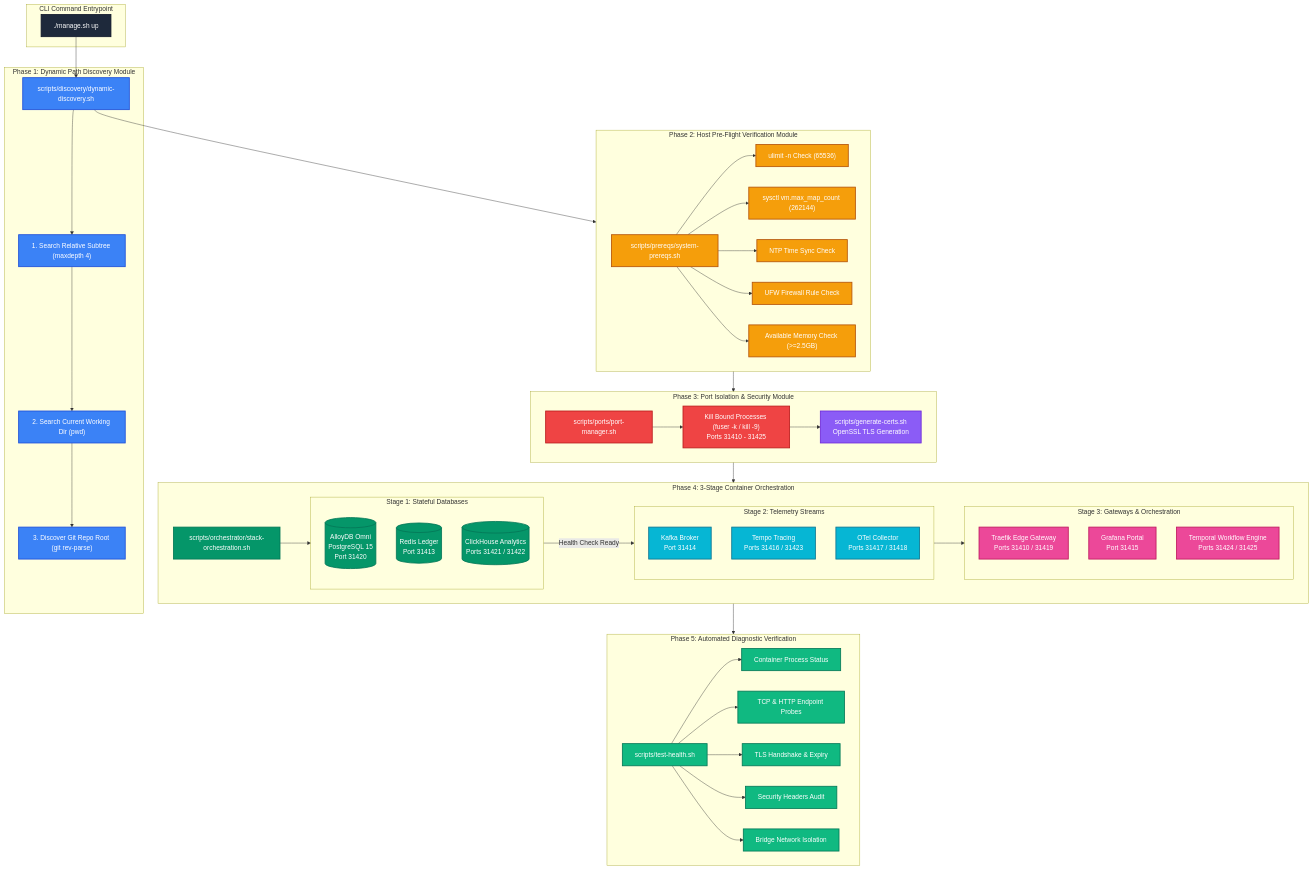
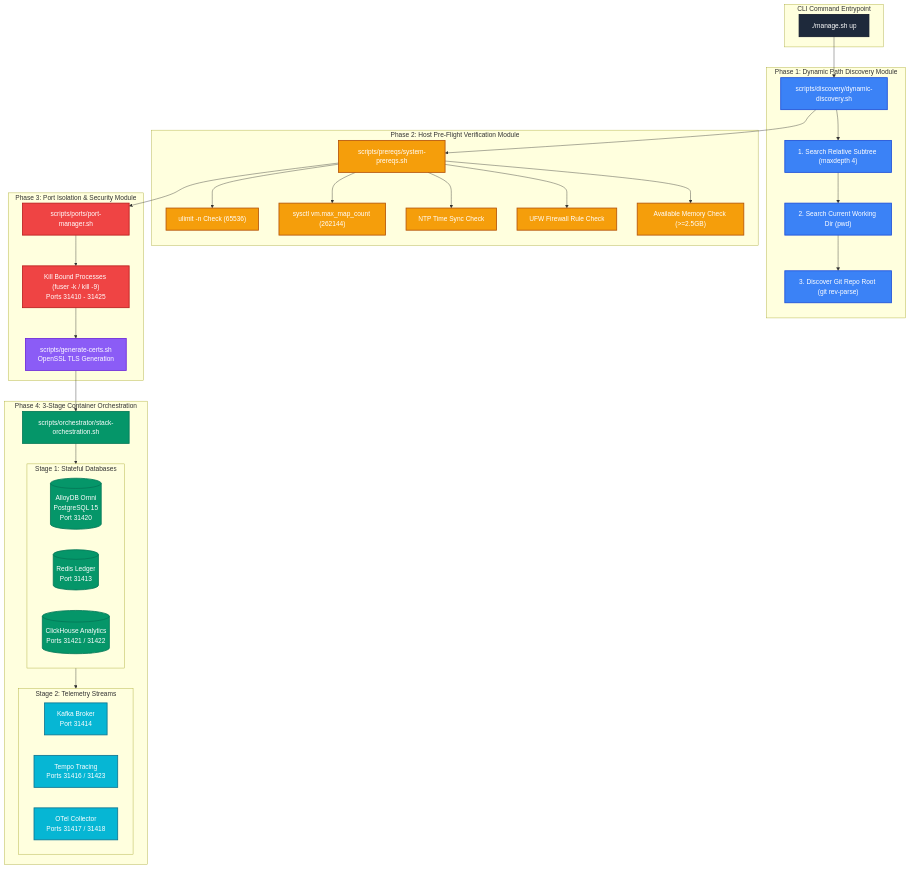
Before and after one commit to Chief-Strategist-J/llm-observability-platform: the first of 4 diagrams in packages/configs/llm-obs-infra/adr/0006-infrastructure-resilience-and-edgecase-hardening.md, drawn with Mermaid. The commit also changed other lines of this file, not shown here.

Commit message:
docs(adr): add OpenTelemetry trace span diagrams and architectural reference matrix to ADR-0006

````diff
--- a/packages/configs/llm-obs-infra/adr/0006-infrastructure-resilience-and-edgecase-hardening.md
+++ b/packages/configs/llm-obs-infra/adr/0006-infrastructure-resilience-and-edgecase-hardening.md
@@ -34,6 +30,5 @@
 ```mermaid
 graph TB
-    %% Styling Classes
     classDef entrypoint fill:#1E293B,stroke:#0F172A,stroke-width:2px,color:#FFF;
     classDef discovery fill:#3B82F6,stroke:#1D4ED8,stroke-width:2px,color:#FFF;
     classDef prereq fill:#F59E0B,stroke:#B45309,stroke-width:2px,color:#FFF;
@@ -41,8 +36,6 @@
     classDef certs fill:#8B5CF6,stroke:#6D28D9,stroke-width:2px,color:#FFF;
     classDef database fill:#059669,stroke:#047857,stroke-width:2px,color:#FFF;
     classDef stream fill:#06B6D4,stroke:#0E7490,stroke-width:2px,color:#FFF;
-    classDef gateway fill:#EC4899,stroke:#BE185D,stroke-width:2px,color:#FFF;
-    classDef health fill:#10B981,stroke:#047857,stroke-width:2px,color:#FFF;
 
     subgraph CLI ["CLI Command Entrypoint"]
         Start["./manage.sh up"]:::entrypoint
@@ -98,35 +91,11 @@
             OTel["OTel Collector<br/>Ports 31417 / 31418"]:::stream
         end
 
-        subgraph Stage3Gateway ["Stage 3: Gateways & Orchestration"]
-            Traefik["Traefik Edge Gateway<br/>Ports 31410 / 31419"]:::gateway
-            Grafana["Grafana Portal<br/>Port 31415"]:::gateway
-            Temporal["Temporal Workflow Engine<br/>Ports 31424 / 31425"]:::gateway
-        end
-
+        Start --> DynamicDiscovery
+        DynamicDiscovery --> Prereqs
+        Prereqs --> PortManager
+        CertGen --> Orchestration
         Orchestration --> Stage1DB
-        Stage1DB -- "Health Check Ready" --> Stage2Stream
-        Stage2Stream --> Stage3Gateway
+        Stage1DB --> Stage2Stream
     end
-
-    subgraph HealthModule ["Phase 5: Automated Diagnostic Verification"]
-        HealthDiagnostic["scripts/test-health.sh"]:::health
-        CheckProcess["Container Process Status"]:::health
-        CheckTCP["TCP & HTTP Endpoint Probes"]:::health
-        CheckTLS["TLS Handshake & Expiry"]:::health
-        CheckSecHeaders["Security Headers Audit"]:::health
-        CheckNetIso["Bridge Network Isolation"]:::health
-
-        HealthDiagnostic --> CheckProcess
-        HealthDiagnostic --> CheckTCP
-        HealthDiagnostic --> CheckTLS
-        HealthDiagnostic --> CheckSecHeaders
-        HealthDiagnostic --> CheckNetIso
-    end
-
-    Start --> DynamicDiscovery
-    DynamicDiscovery --> PrereqModule
-    PrereqModule --> PortCertModule
-    PortCertModule --> OrchestratorModule
-    OrchestratorModule --> HealthModule
 ```
````
